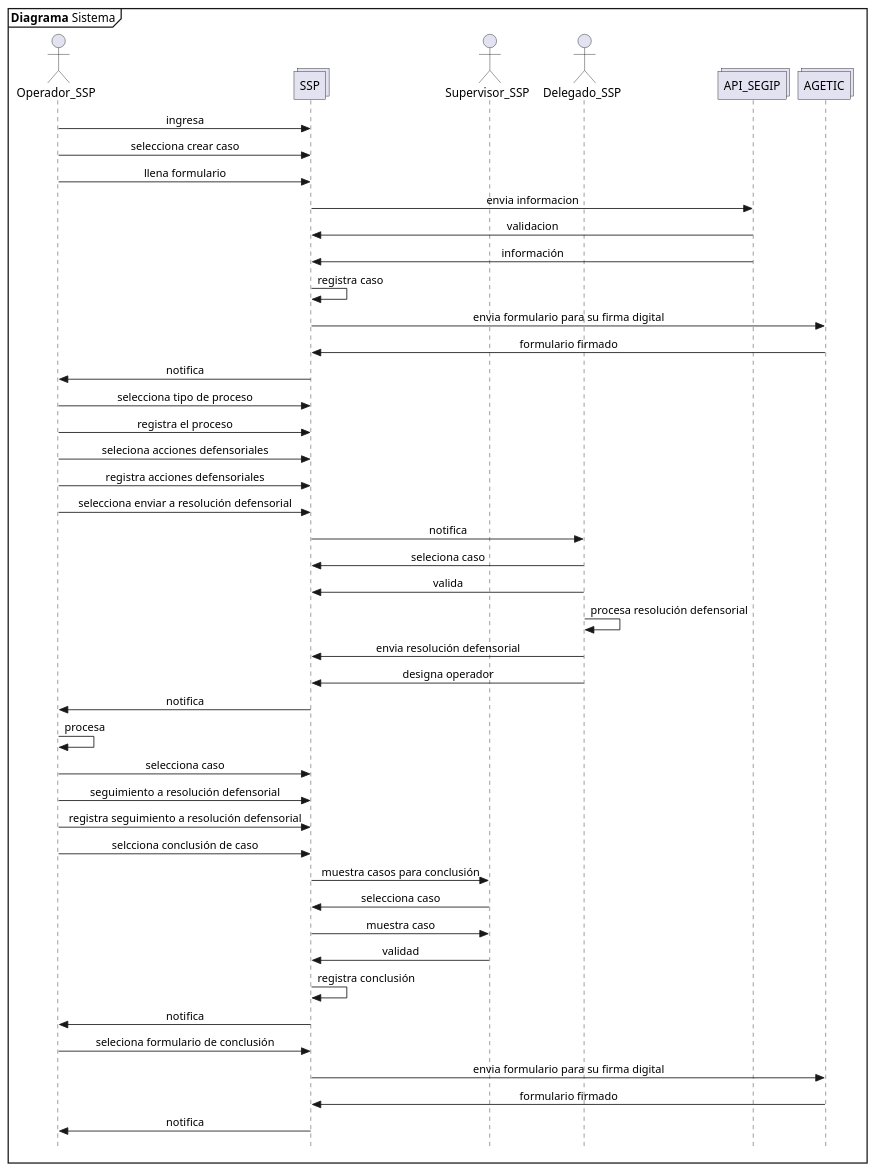
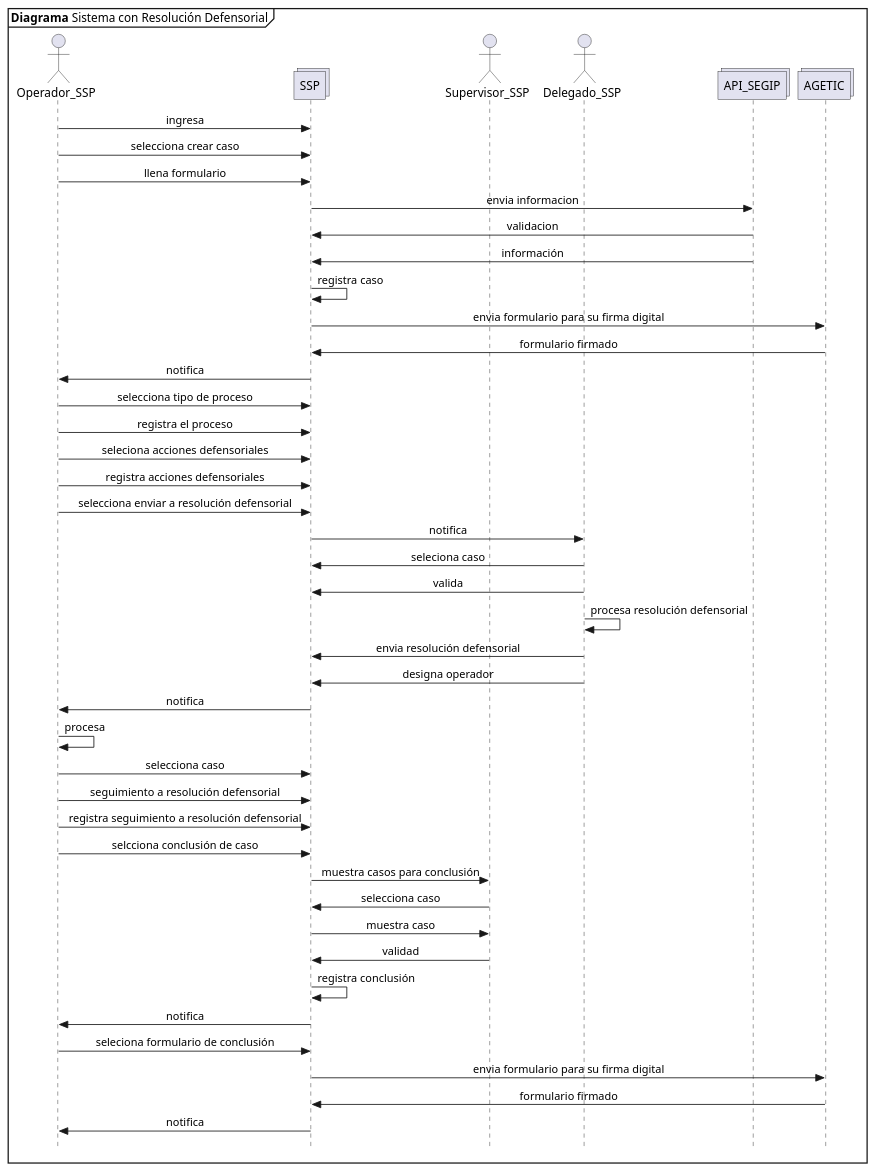
One commit to n1m0d0/defdiag changed the diagram in propuesta SSP/08 registro de caso con resolucion defensorial.plantuml. Above: the diagram before and after it, drawn with PlantUML. The commit also changed 14 other files, not shown here.

Commit message:
cambio de nombres de diagramas

```diff
--- a/propuesta SSP/08 registro de caso con resolucion defensorial.plantuml
+++ b/propuesta SSP/08 registro de caso con resolucion defensorial.plantuml
@@ -1,52 +1,52 @@
 @startuml Diagrama_Sistema
 skinparam Style strictuml
 skinparam SequenceMessageAlignment center
 
-mainframe **Diagrama** Sistema
+mainframe **Diagrama** Sistema con Resolución Defensorial
 
 actor Operador_SSP as opssp
 collections SSP
 actor Supervisor_SSP as supssp
 actor Delegado_SSP as del
 collections API_SEGIP as segip
 collections AGETIC as agetic
 
 opssp->SSP: ingresa
 opssp->SSP: selecciona crear caso
 opssp->SSP: llena formulario
 SSP->segip: envia informacion
 segip->SSP: validacion
 segip->SSP: información
 SSP->SSP: registra caso
 SSP->agetic: envia formulario para su firma digital
 agetic->SSP: formulario firmado 
 SSP->opssp: notifica
 opssp->SSP: selecciona tipo de proceso
 opssp->SSP: registra el proceso
 opssp->SSP: seleciona acciones defensoriales
 opssp->SSP: registra acciones defensoriales
 opssp->SSP: selecciona enviar a resolución defensorial
 SSP->del: notifica
 del->SSP: seleciona caso
 del->SSP: valida
 del->del: procesa resolución defensorial
 del->SSP: envia resolución defensorial
 del->SSP: designa operador
 SSP->opssp: notifica
 opssp->opssp: procesa
 opssp->SSP: selecciona caso
 opssp->SSP: seguimiento a resolución defensorial
 opssp->SSP: registra seguimiento a resolución defensorial
 opssp->SSP: selcciona conclusión de caso
 SSP->supssp: muestra casos para conclusión
 supssp->SSP: selecciona caso
 SSP->supssp: muestra caso
 supssp->SSP: validad
 SSP->SSP: registra conclusión
 SSP->opssp: notifica
 opssp->SSP: seleciona formulario de conclusión
 SSP->agetic: envia formulario para su firma digital
 agetic->SSP: formulario firmado
 SSP->opssp: notifica
 
 @enduml
```
